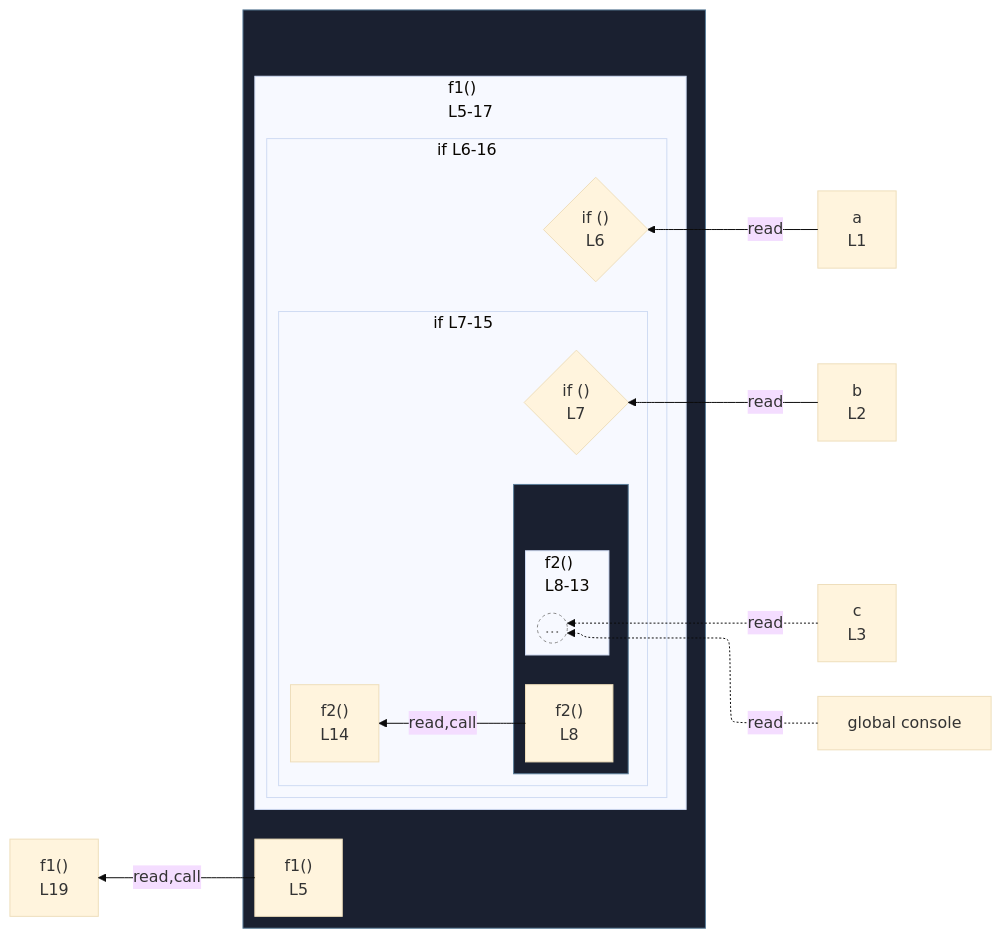
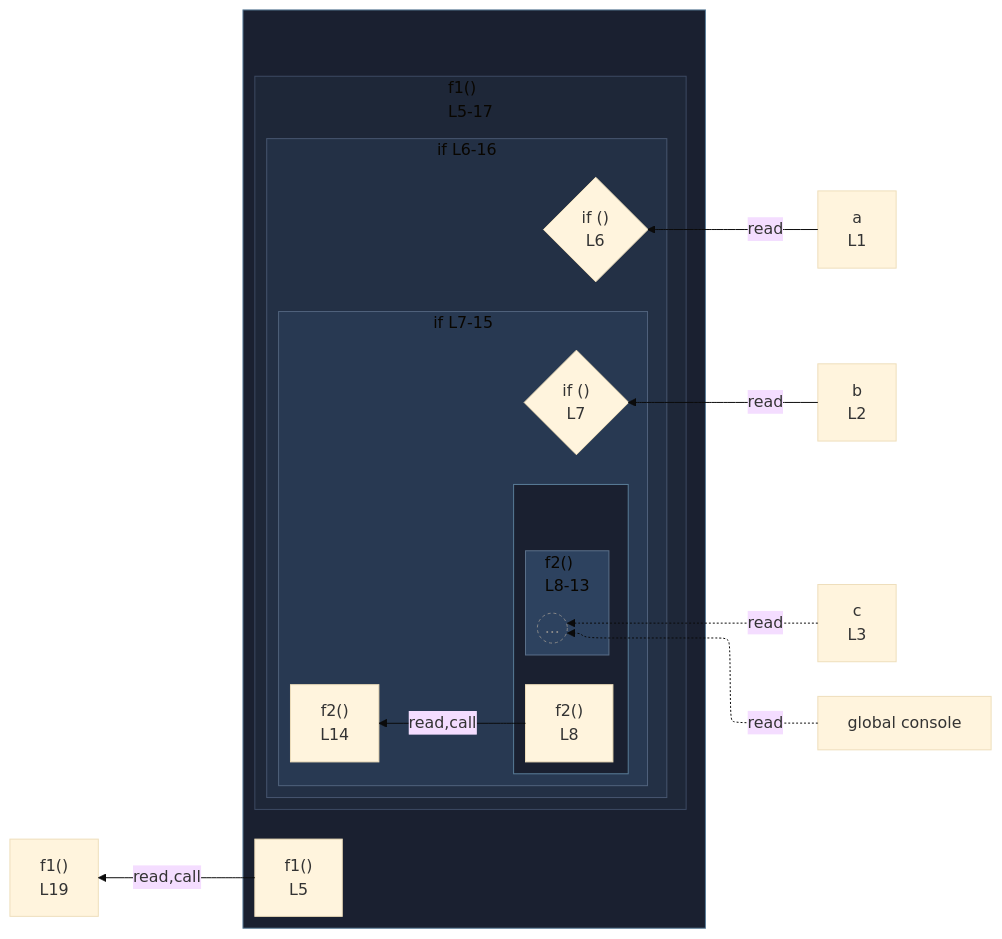
Before and after one commit to crescware/unsnarl: the diagram in integration/fixtures/app-behavior/depth/function-and-block/depth-fn2-block2/preview.md, drawn with Mermaid (base theme). The commit also changed 249 other files, not shown here.

First line of the commit message:
Color Mermaid subgraphs by nesting depth via theme palette

````diff
--- a/integration/fixtures/app-behavior/depth/function-and-block/depth-fn2-block2/preview.md
+++ b/integration/fixtures/app-behavior/depth/function-and-block/depth-fn2-block2/preview.md
@@ -35,44 +35,52 @@
 ```mermaid
 %%{init: {"flowchart": {"defaultRenderer": "elk"}}}%%
 flowchart RL
   n_scope_0_a_6["a<br/>L1"]
   n_scope_0_b_22["b<br/>L2"]
   n_scope_0_c_38["c<br/>L3"]
   n_scope_0_console_161["global console"]
   subgraph wrap_s_scope_1[" "]
     direction TB
     n_scope_0_f1_58["f1()<br/>L5"]
     subgraph s_scope_1["f1()<br/>L5-17"]
       direction RL
       subgraph s_scope_2["if L6-16"]
         direction RL
         if_test_scope_1_67{"if ()<br/>L6"}
         subgraph s_scope_3["if L7-15"]
           direction RL
           if_test_scope_2_80{"if ()<br/>L7"}
           expr_stmt_201["f2()<br/>L14"]
           subgraph wrap_s_scope_4[" "]
             direction TB
             n_scope_3_f2_104["f2()<br/>L8"]
             subgraph s_scope_4["f2()<br/>L8-13"]
               direction RL
               beyond_depth_s_scope_4((...))
             end
           end
         end
       end
     end
   end
   n_scope_0_a_6 -->|read| if_test_scope_1_67
   n_scope_0_b_22 -->|read| if_test_scope_2_80
   n_scope_0_c_38 -.->|read| beyond_depth_s_scope_4
   n_scope_0_console_161 -.->|read| beyond_depth_s_scope_4
   n_scope_3_f2_104 -->|read,call| expr_stmt_201
   n_scope_0_f1_58 -->|read,call| expr_stmt_220
   expr_stmt_220["f1()<br/>L19"]
   classDef fnWrap fill:#1a2030,stroke:#5a7d99;
   class wrap_s_scope_1 fnWrap;
   class wrap_s_scope_4 fnWrap;
   classDef boundaryStub fill:transparent,stroke:#888,stroke-dasharray:3 3,color:#888;
   class beyond_depth_s_scope_4 boundaryStub;
+  classDef nestL1 fill:#1e2738,stroke:#3d4a63;
+  class s_scope_1 nestL1;
+  classDef nestL2 fill:#233045,stroke:#475670;
+  class s_scope_2 nestL2;
+  classDef nestL3 fill:#283952,stroke:#51637d;
+  class s_scope_3 nestL3;
+  classDef nestL4 fill:#2d425f,stroke:#5b708a;
+  class s_scope_4 nestL4;
 ```
````
